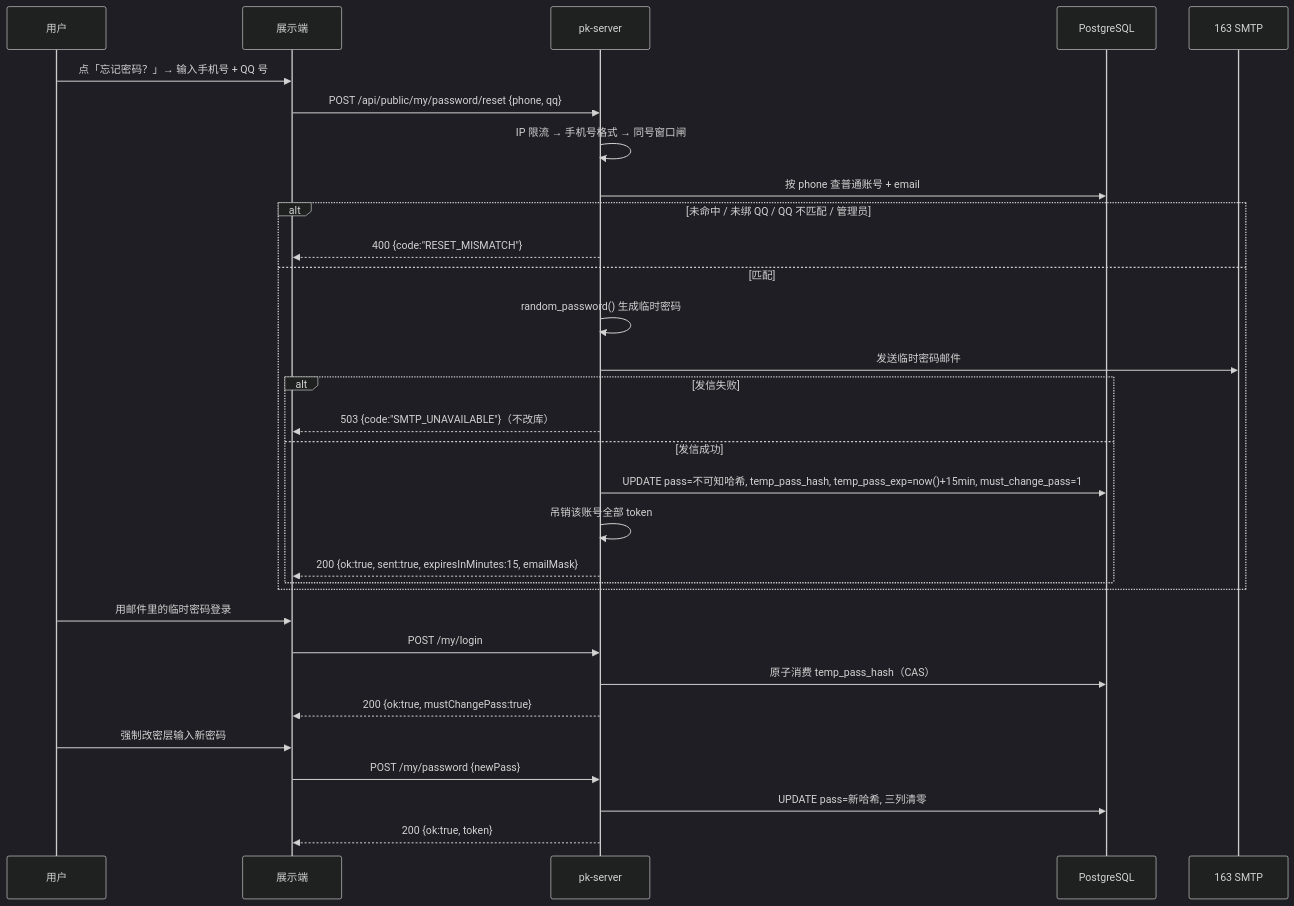
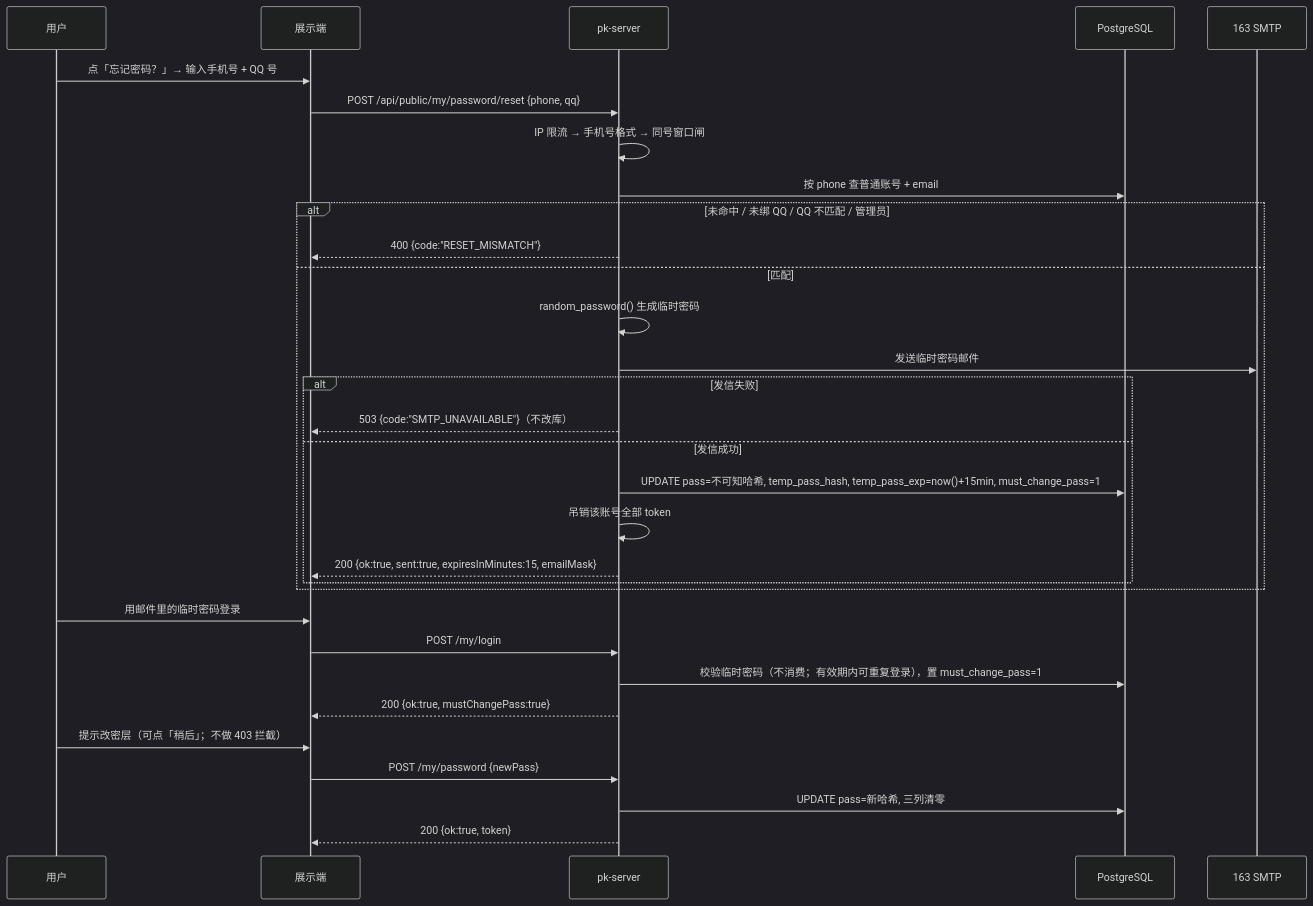
Before and after one commit to subisle/douyin-pk-group: the second of 2 diagrams in docs/26-账号绑定QQ邮箱与艺名登录设计.md, drawn with Mermaid (dark theme). The commit also changed other lines of this file and 21 other files, not shown here.

````diff
--- a/docs/26-账号绑定QQ邮箱与艺名登录设计.md
+++ b/docs/26-账号绑定QQ邮箱与艺名登录设计.md
@@ -195,33 +223,33 @@
 ```mermaid
 sequenceDiagram
     participant U as 用户
     participant FE as 展示端
     participant API as pk-server
     participant DB as PostgreSQL
     participant SMTP as 163 SMTP
     U->>FE: 点「忘记密码？」→ 输入手机号 + QQ 号
     FE->>API: POST /api/public/my/password/reset {phone, qq}
     API->>API: IP 限流 → 手机号格式 → 同号窗口闸
     API->>DB: 按 phone 查普通账号 + email
     alt 未命中 / 未绑 QQ / QQ 不匹配 / 管理员
         API-->>FE: 400 {code:"RESET_MISMATCH"}
     else 匹配
         API->>API: random_password() 生成临时密码
         API->>SMTP: 发送临时密码邮件
         alt 发信失败
             API-->>FE: 503 {code:"SMTP_UNAVAILABLE"}（不改库）
         else 发信成功
             API->>DB: UPDATE pass=不可知哈希, temp_pass_hash, temp_pass_exp=now()+15min, must_change_pass=1
             API->>API: 吊销该账号全部 token
             API-->>FE: 200 {ok:true, sent:true, expiresInMinutes:15, emailMask}
         end
     end
     U->>FE: 用邮件里的临时密码登录
     FE->>API: POST /my/login
-    API->>DB: 原子消费 temp_pass_hash（CAS）
+    API->>DB: 校验临时密码（不消费；有效期内可重复登录），置 must_change_pass=1
     API-->>FE: 200 {ok:true, mustChangePass:true}
-    U->>FE: 强制改密层输入新密码
+    U->>FE: 提示改密层（可点「稍后」；不做 403 拦截）
     FE->>API: POST /my/password {newPass}
     API->>DB: UPDATE pass=新哈希, 三列清零
     API-->>FE: 200 {ok:true, token}
 ```
````
